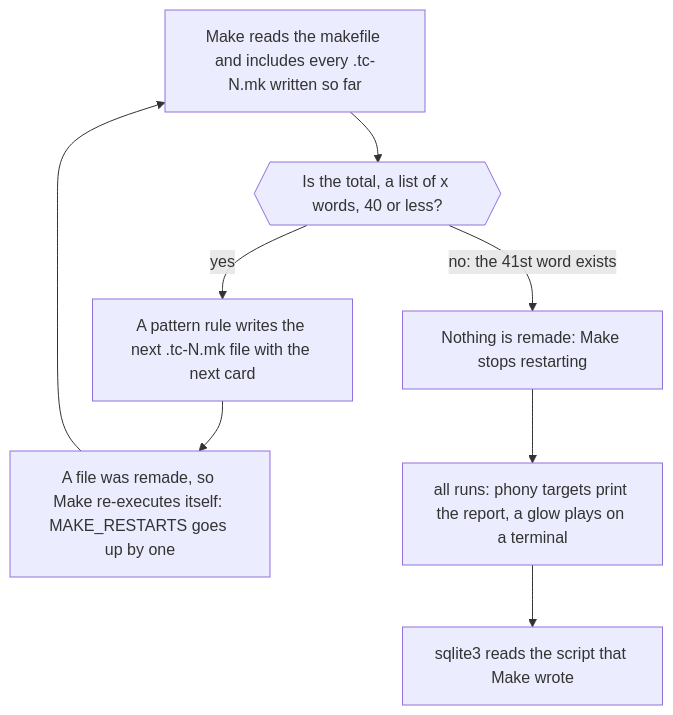
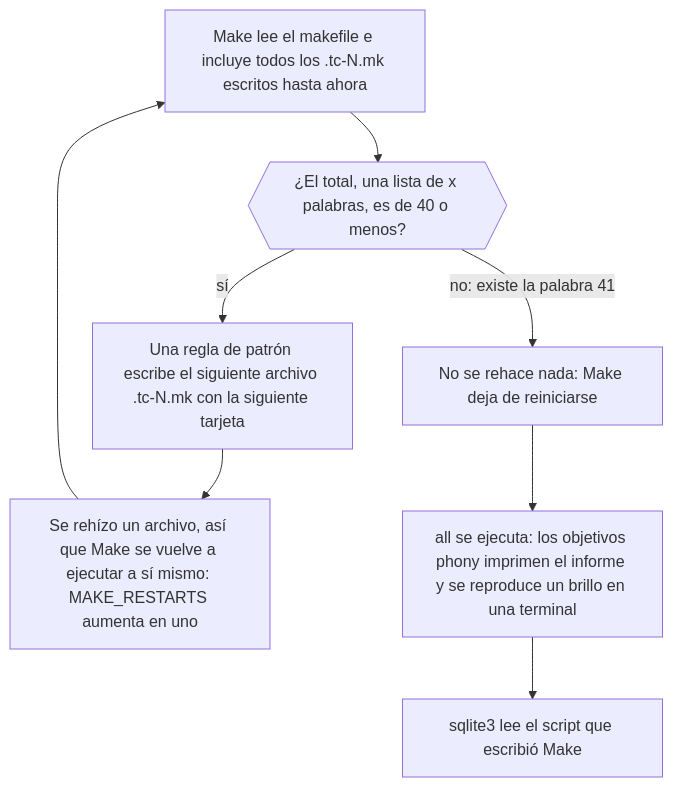
The diagram in src/make-gnu/README.md (dullroar/aprende-a-programar-como-un-bicho-raro), drawn with Mermaid before and after one commit. The commit also changed other lines of this file and 15 other files, not shown here.

Commit message:
loop(P4-src-11): src/lisp, src/m4 and src/make-gnu READMEs translated (186 segments); heading, spelled-out number, comma and gloss fixes, verb, product-name and quoted-text waivers; anchors relinked

````diff
--- a/src/make-gnu/README.md
+++ b/src/make-gnu/README.md
@@ -50,12 +50,12 @@
 ```mermaid
 flowchart TD
-    accTitle: make-gnu: Make restarts itself once per card
-    accDescr: A flowchart. Make reads the makefile and includes every .tc-N.mk file written so far. A pattern rule checks whether the running total, held as a list of x words, is 40 or less. If it is, the rule writes the next .tc-N.mk file. A makefile that was remade makes Make re-execute itself, and MAKE_RESTARTS counts the passes. If the total is over 40, the rule writes nothing, so nothing is remade, Make stops restarting, and the default goal all runs. It prints the report through a chain of phony targets, plays a glow on a terminal, and hands the SQL script to sqlite3.
-    A["Make reads the makefile and includes every .tc-N.mk written so far"] --> B{{"Is the total, a list of x words, 40 or less?"}}
-    B -->|yes| C["A pattern rule writes the next .tc-N.mk file with the next card"]
-    C --> D["A file was remade, so Make re-executes itself: MAKE_RESTARTS goes up by one"]
+    accTitle: make-gnu: Make se reinicia a sí mismo una vez por tarjeta
+    accDescr: Un diagrama de flujo. Make lee el makefile e incluye todos los archivos .tc-N.mk escritos hasta ahora. Una regla de patrón comprueba si el total acumulado, guardado como una lista de palabras x, no pasa de 40. Si es así, la regla escribe el siguiente archivo .tc-N.mk. Un makefile regenerado hace que Make se vuelva a ejecutar, y MAKE_RESTARTS cuenta las pasadas. Si el total pasa de 40, la regla no escribe nada, así que no se regenera nada, Make deja de reiniciarse y se ejecuta la meta predeterminada all. Esta imprime el informe mediante una cadena de objetivos phony, muestra un resplandor en una terminal y entrega el script SQL a sqlite3.
+    A["Make lee el makefile e incluye todos los .tc-N.mk escritos hasta ahora"] --> B{{"¿El total, una lista de x palabras, es de 40 o menos?"}}
+    B -->|sí| C["Una regla de patrón escribe el siguiente archivo .tc-N.mk con la siguiente tarjeta"]
+    C --> D["Se rehízo un archivo, así que Make se vuelve a ejecutar a sí mismo: MAKE_RESTARTS aumenta en uno"]
     D --> A
-    B -->|"no: the 41st word exists"| E["Nothing is remade: Make stops restarting"]
-    E --> F["all runs: phony targets print the report, a glow plays on a terminal"]
-    F --> G["sqlite3 reads the script that Make wrote"]
+    B -->|"no: existe la palabra 41"| E["No se rehace nada: Make deja de reiniciarse"]
+    E --> F["all se ejecuta: los objetivos phony imprimen el informe y se reproduce un brillo en una terminal"]
+    F --> G["sqlite3 lee el script que escribió Make"]
 ```
````
